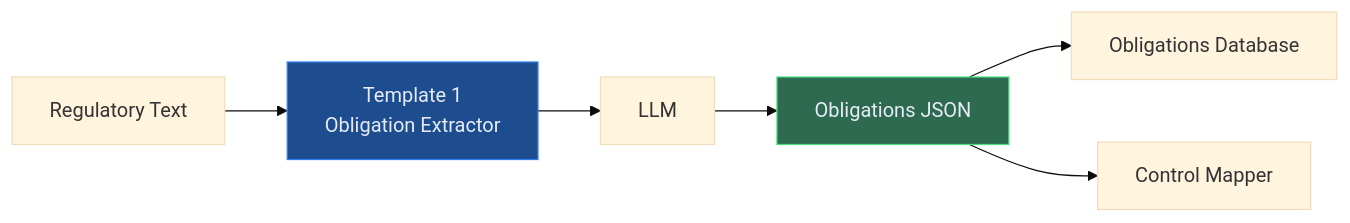
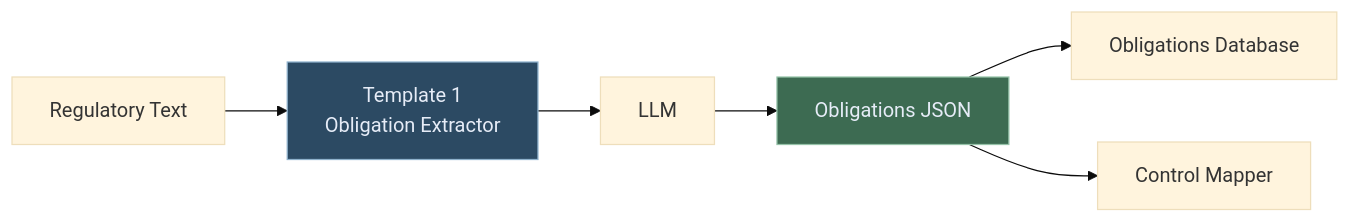
One commit to lorvexai/lorvexai changed the second of 8 diagrams in blog/ai-prompt-and-workflow-templates.md. Above: the diagram before and after it, drawn with Mermaid (base theme). The commit also changed other lines of this file and 16 other files, not shown here.

First line of the commit message:
Retune hardcoded Mermaid node colors to match the site palette

````diff
--- a/blog/ai-prompt-and-workflow-templates.md
+++ b/blog/ai-prompt-and-workflow-templates.md
@@ -101,11 +101,11 @@
 ```mermaid
 flowchart LR
     RT[Regulatory Text] --> TP[Template 1\nObligation Extractor]
     TP --> LLM[LLM]
     LLM --> OJ[Obligations JSON]
     OJ --> DB[Obligations Database]
     OJ --> CM[Control Mapper]
 
-    style TP fill:#1D4C8F,stroke:#2F80ED,color:#E6ECF7
-    style OJ fill:#2D6A4F,stroke:#4ade80,color:#E6ECF7
+    style TP fill:#2C4A63,stroke:#8FB2CC,color:#E6ECF7
+    style OJ fill:#3D6B52,stroke:#95C2A8,color:#E6ECF7
 ```
````
